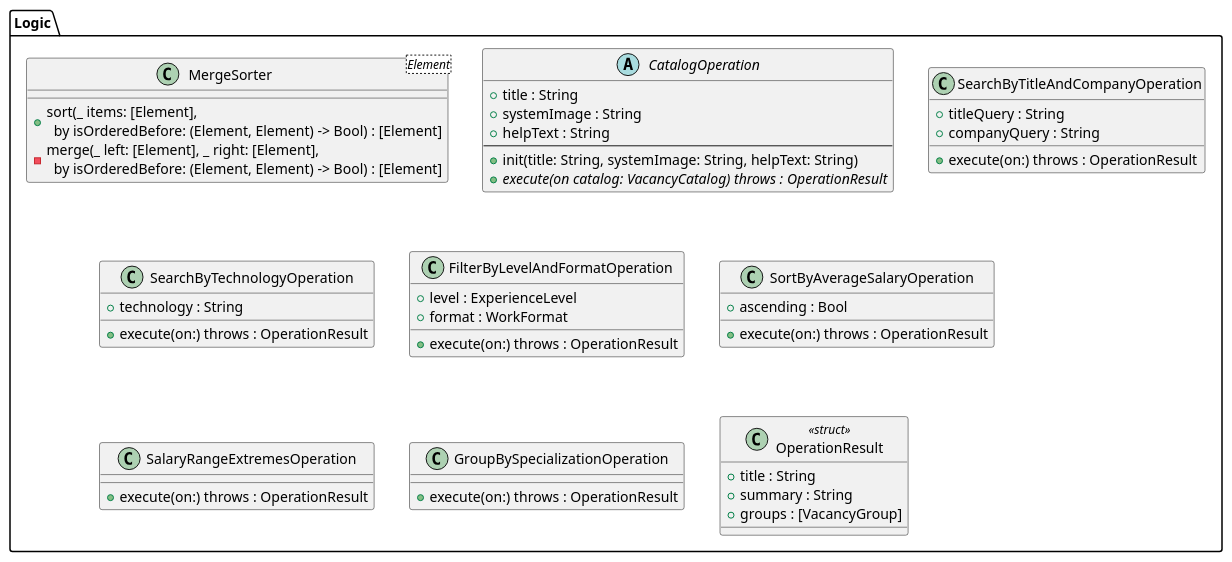
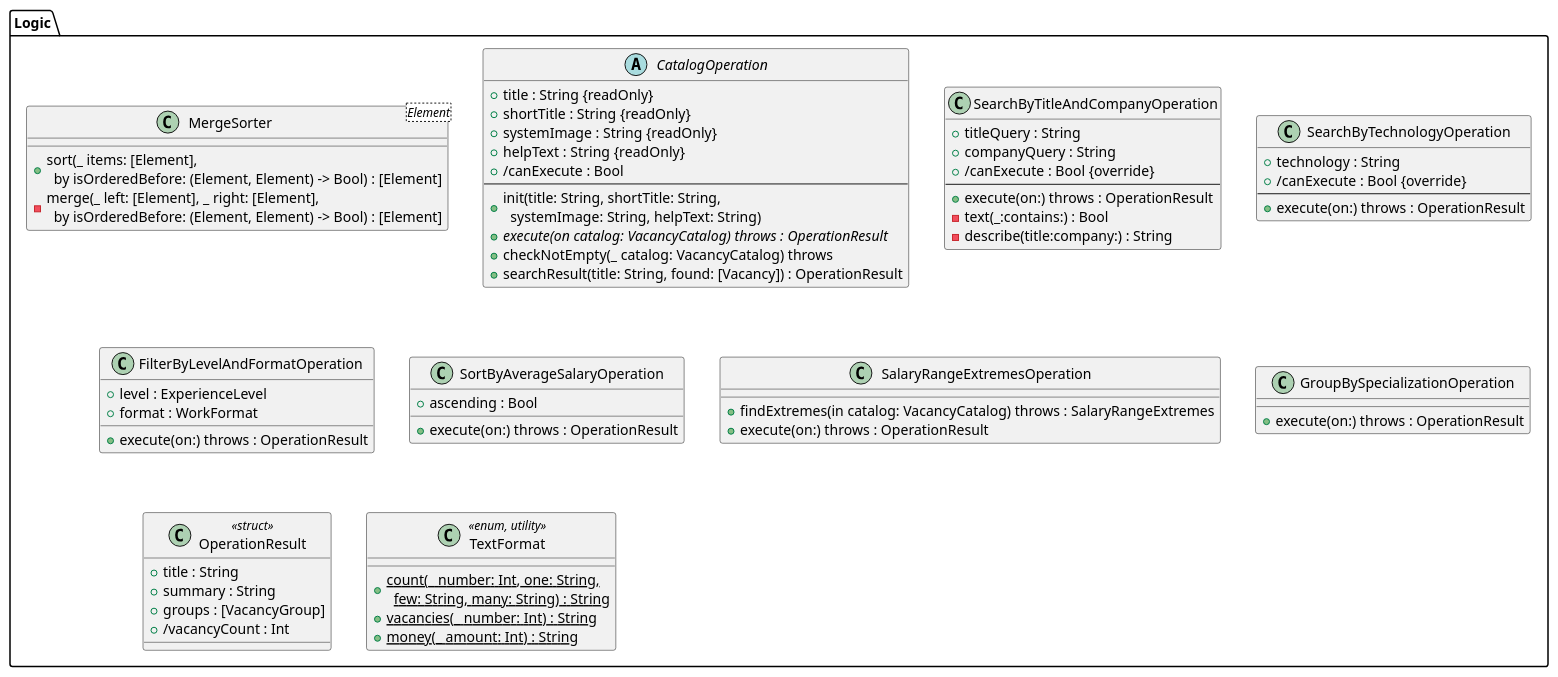
One commit to goosedum/kursova-1 changed the diagram in docs/uml/2-classes/types/operations.iuml. Above: the diagram before and after it, drawn with PlantUML. The commit also changed 26 other files, not shown here.

First line of the commit message:
Етап 4.6: операції — функції 1–6 (CatalogOperation і 6 підкласів) і тести

```diff
--- a/docs/uml/2-classes/types/operations.iuml
+++ b/docs/uml/2-classes/types/operations.iuml
@@ -1,44 +1,61 @@
 ' Шар Logic — функції 1–6 (CatalogOperation і підкласи), сортування злиттям, результат. Підключається з діаграм у docs/uml/2-classes (крок 3.2). Джерело — .claude/plan/02-architecture.md §3.
 package "Logic" {
   class "MergeSorter<Element>" as MergeSorter {
     + sort(_ items: [Element],\n  by isOrderedBefore: (Element, Element) -> Bool) : [Element]
     - merge(_ left: [Element], _ right: [Element],\n  by isOrderedBefore: (Element, Element) -> Bool) : [Element]
   }
   abstract class CatalogOperation {
-    + title : String
-    + systemImage : String
-    + helpText : String
+    + title : String {readOnly}
+    + shortTitle : String {readOnly}
+    + systemImage : String {readOnly}
+    + helpText : String {readOnly}
+    + /canExecute : Bool
     --
-    + init(title: String, systemImage: String, helpText: String)
+    + init(title: String, shortTitle: String,\n  systemImage: String, helpText: String)
     + {abstract} execute(on catalog: VacancyCatalog) throws : OperationResult
+    + checkNotEmpty(_ catalog: VacancyCatalog) throws
+    + searchResult(title: String, found: [Vacancy]) : OperationResult
   }
   class SearchByTitleAndCompanyOperation {
     + titleQuery : String
     + companyQuery : String
+    + /canExecute : Bool {override}
+    --
     + execute(on:) throws : OperationResult
+    - text(_:contains:) : Bool
+    - describe(title:company:) : String
   }
   class SearchByTechnologyOperation {
     + technology : String
+    + /canExecute : Bool {override}
+    --
     + execute(on:) throws : OperationResult
   }
   class FilterByLevelAndFormatOperation {
     + level : ExperienceLevel
     + format : WorkFormat
     + execute(on:) throws : OperationResult
   }
   class SortByAverageSalaryOperation {
     + ascending : Bool
     + execute(on:) throws : OperationResult
   }
   class SalaryRangeExtremesOperation {
+    + findExtremes(in catalog: VacancyCatalog) throws : SalaryRangeExtremes
     + execute(on:) throws : OperationResult
   }
   class GroupBySpecializationOperation {
     + execute(on:) throws : OperationResult
   }
   class OperationResult <<struct>> {
     + title : String
     + summary : String
     + groups : [VacancyGroup]
+    + /vacancyCount : Int
+  }
+  class TextFormat <<enum, utility>> {
+    + {static} count(_ number: Int, one: String,\n  few: String, many: String) : String
+    + {static} vacancies(_ number: Int) : String
+    + {static} money(_ amount: Int) : String
   }
 }
```
